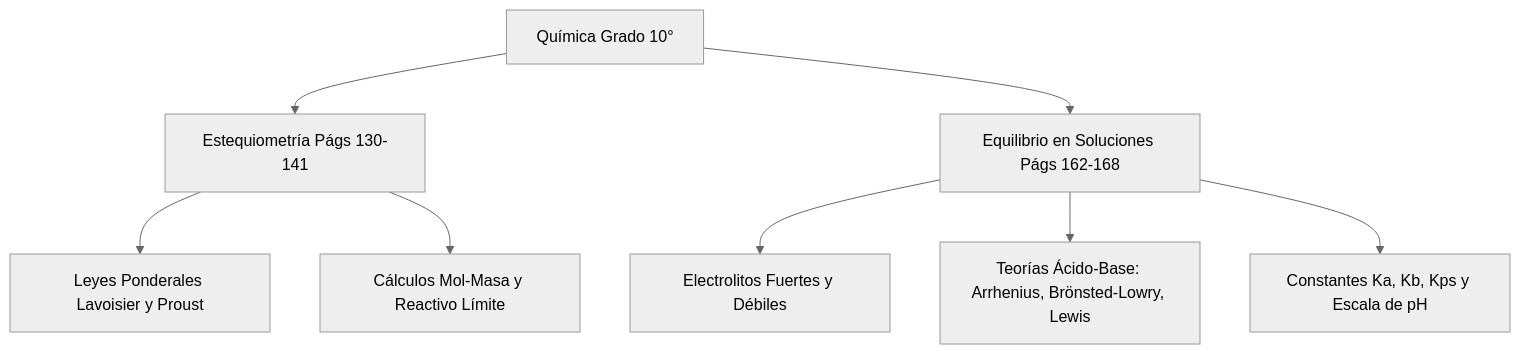
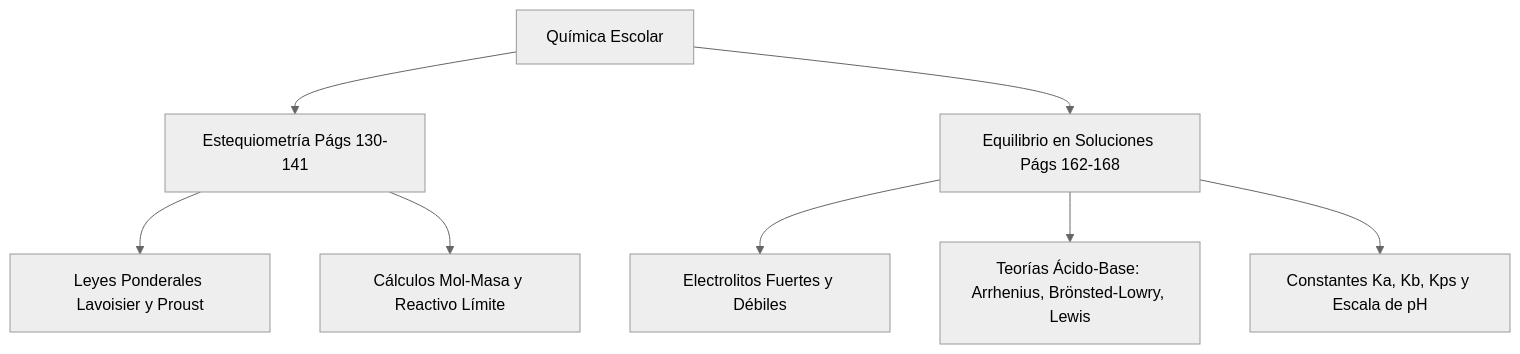
Before and after one commit to julianpolis1234-lab/phidias-obsidian-vault: the diagram in 02 📝 Asignaciones y Tareas/🧪 Química/Consulta y Ejercicios - Cálculos Estequiométricos.md, drawn with Mermaid (neutral theme). The commit also changed other lines of this file and 65 other files, not shown here.

````diff
--- a/02 📝 Asignaciones y Tareas/🧪 Química/Consulta y Ejercicios - Cálculos Estequiométricos.md
+++ b/02 📝 Asignaciones y Tareas/🧪 Química/Consulta y Ejercicios - Cálculos Estequiométricos.md
@@ -193,10 +195,10 @@
 ```mermaid
 graph TD
-    A[Química Grado 10°] --> B[Estequiometría Págs 130-141]
+    A[Química Escolar] --> B[Estequiometría Págs 130-141]
     A --> C[Equilibrio en Soluciones Págs 162-168]
     B --> B1[Leyes Ponderales Lavoisier y Proust]
     B --> B2[Cálculos Mol-Masa y Reactivo Límite]
     C --> C1[Electrolitos Fuertes y Débiles]
     C --> C2[Teorías Ácido-Base: Arrhenius, Brönsted-Lowry, Lewis]
     C --> C3[Constantes Ka, Kb, Kps y Escala de pH]
 ```
````
